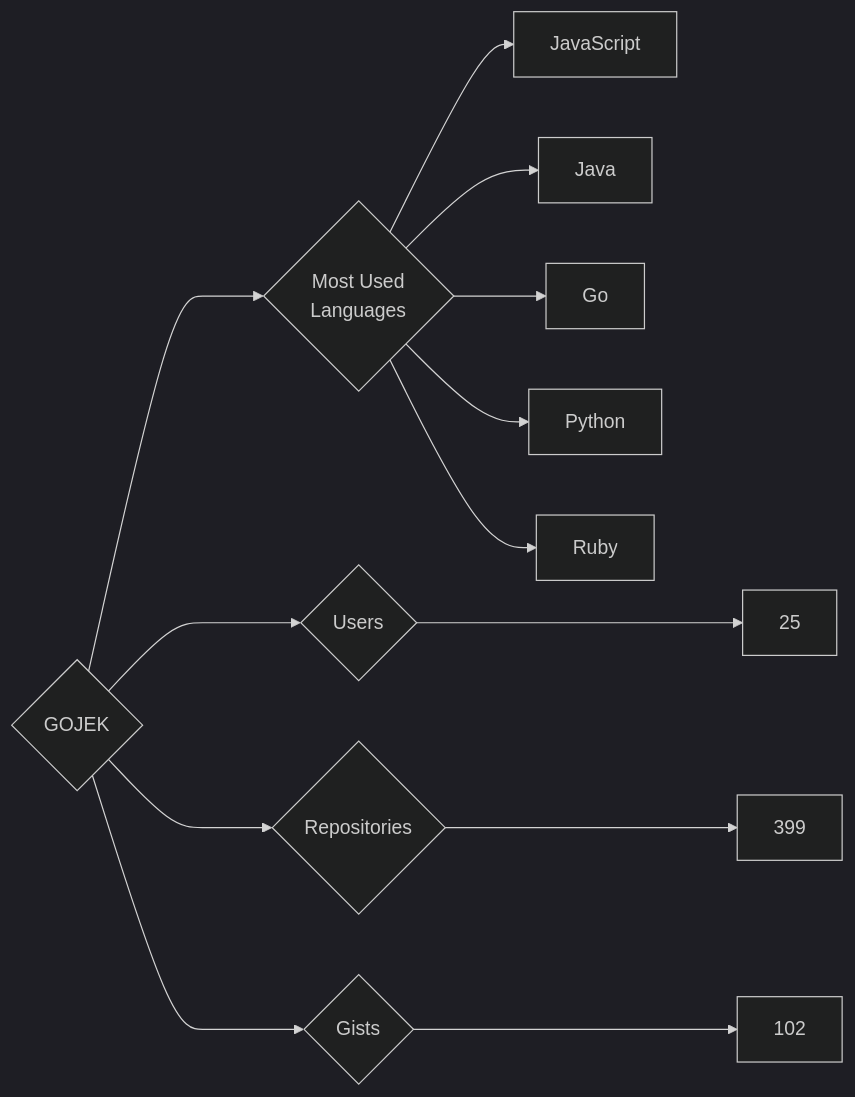
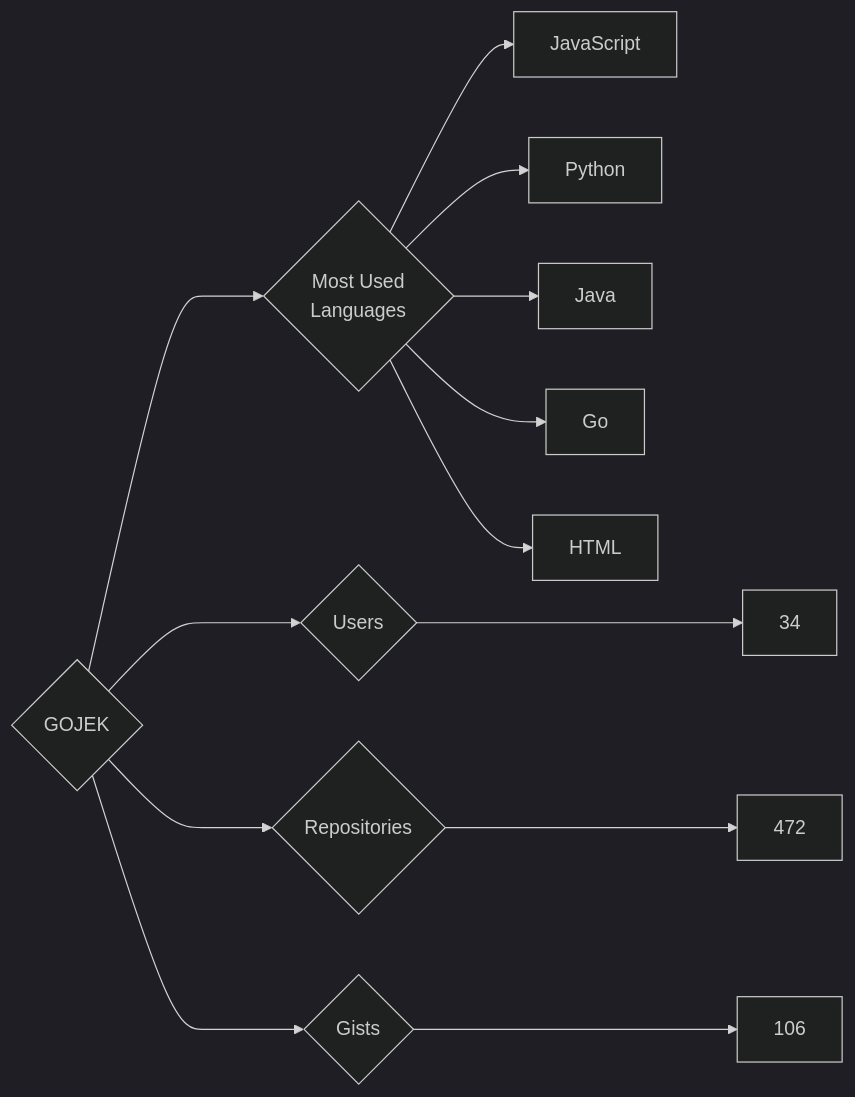
Before and after one commit to trickest/insiders: the diagram in targets/GOJEK/README.md, drawn with Mermaid (dark theme). The commit also changed 927 other files, not shown here.

````diff
--- a/targets/GOJEK/README.md
+++ b/targets/GOJEK/README.md
@@ -3,13 +3,13 @@
 ```mermaid
 graph LR
 COMPANY_NAME{GOJEK}
-COMPANY_NAME ---> U{Users} ---> UN[25]
-COMPANY_NAME ---> R{Repositories} ---> RN[399]
-COMPANY_NAME ---> G{Gists} ---> GN[102]
+COMPANY_NAME ---> U{Users} ---> UN[34]
+COMPANY_NAME ---> R{Repositories} ---> RN[472]
+COMPANY_NAME ---> G{Gists} ---> GN[106]
 COMPANY_NAME ---> ML{Most Used<br>Languages}
 ML --> JavaScript[JavaScript]
+ML --> Python[Python]
 ML --> Java[Java]
 ML --> Go[Go]
-ML --> Python[Python]
-ML --> Ruby[Ruby]
+ML --> HTML[HTML]
 ```
````
